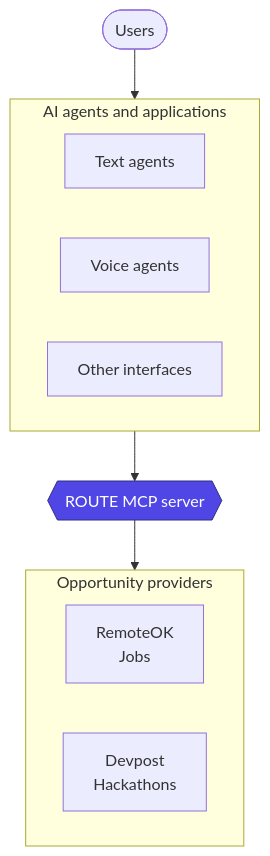
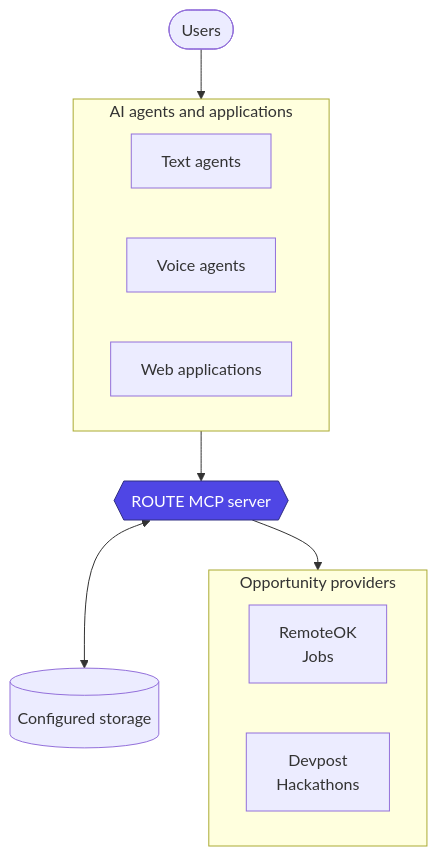
The second of 2 diagrams in README.md (prime1999/Route), drawn with Mermaid before and after one commit. The commit also changed other lines of this file, not shown here.

````diff
--- a/README.md
+++ b/README.md
@@ -93,23 +88,24 @@
 ```mermaid
 flowchart TB
     U([Users]) --> A
 
     subgraph A [AI agents and applications]
         direction LR
         T[Text agents]
         V[Voice agents]
-        O[Other interfaces]
+        W[Web applications]
     end
 
     A --> R{{ROUTE MCP server}}
 
     subgraph P [Opportunity providers]
         direction LR
         RO["RemoteOK<br/>Jobs"]
         DP["Devpost<br/>Hackathons"]
     end
 
     R --> P
+    R <--> S[(Configured storage)]
 
     style R fill:#4f46e5,stroke:#312e81,color:#ffffff
 ```
````
